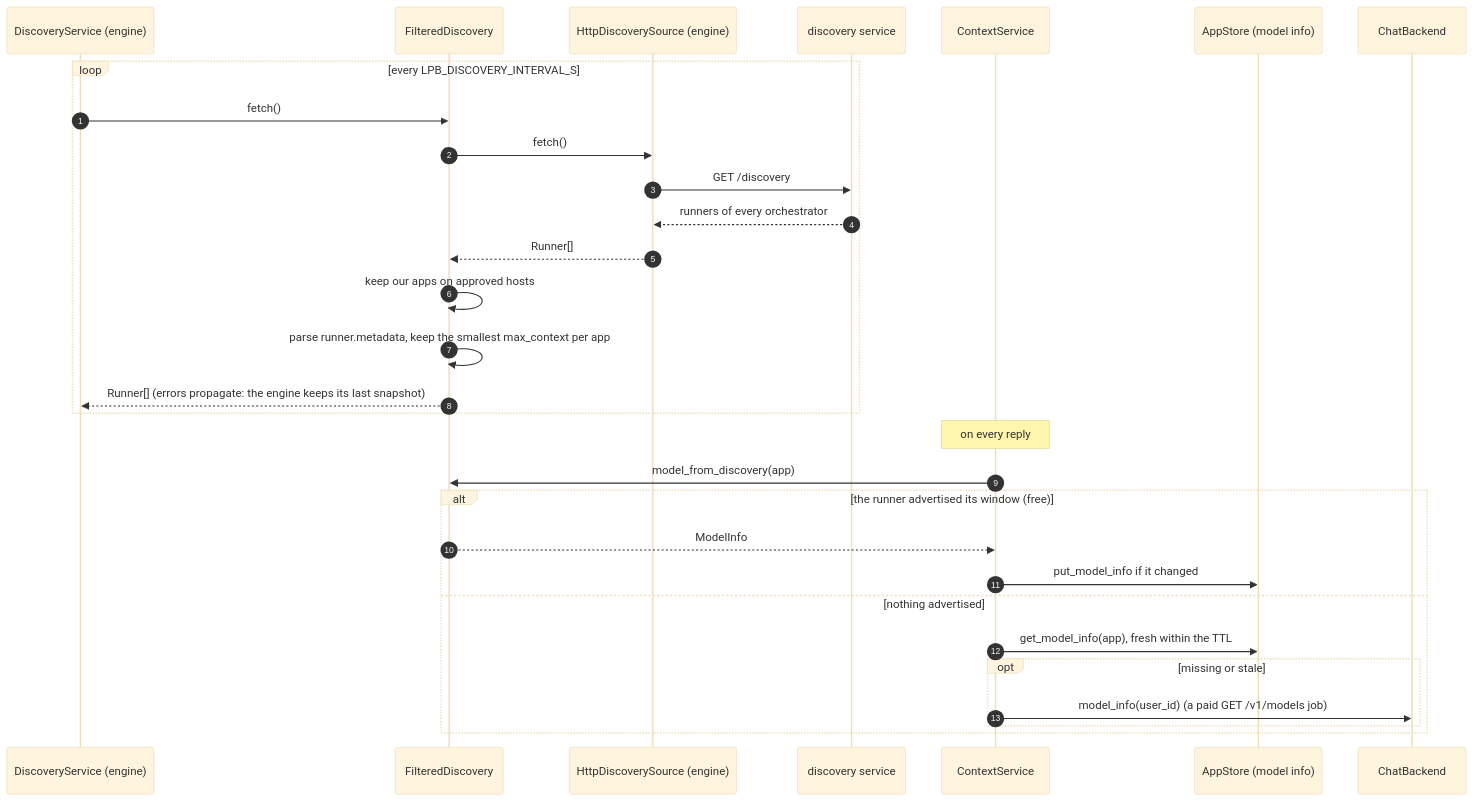
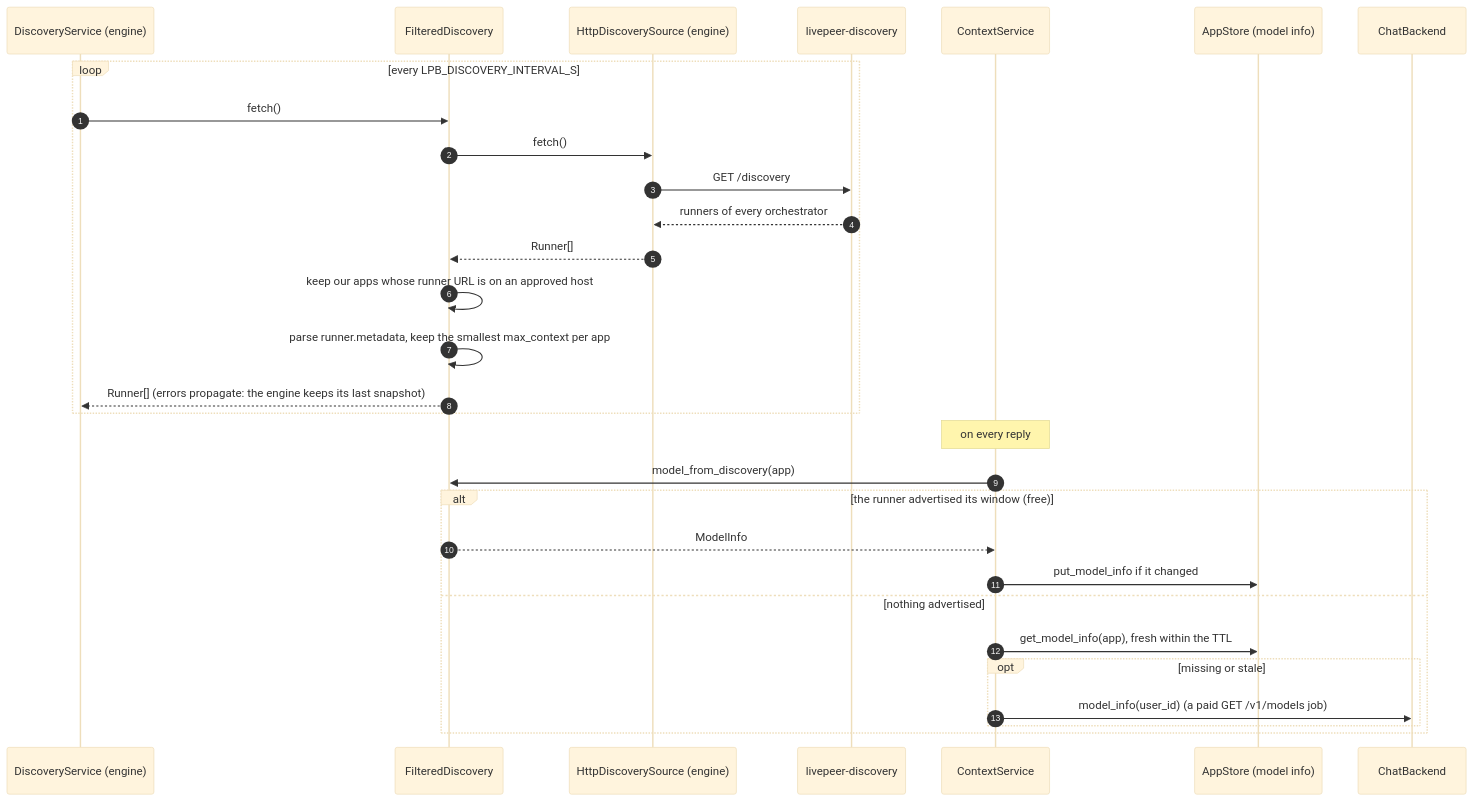
One commit to NE-Build-Track/chatlpt-sample-enterprise-app changed the seventh of 10 diagrams in docs/design-docs/builder-core-in-chatlpt.md. Above: the diagram before and after it, drawn with Mermaid (base theme). The commit also changed other lines of this file and 7 other files, not shown here.

````diff
--- a/docs/design-docs/builder-core-in-chatlpt.md
+++ b/docs/design-docs/builder-core-in-chatlpt.md
@@ -359,32 +360,32 @@
 ```mermaid
 sequenceDiagram
     autonumber
     participant DS as DiscoveryService (engine)
     participant FD as FilteredDiscovery
     participant H as HttpDiscoverySource (engine)
-    participant Svc as discovery service
+    participant Svc as livepeer-discovery
     participant Ctx as ContextService
     participant Cache as AppStore (model info)
     participant B as ChatBackend
     loop every LPB_DISCOVERY_INTERVAL_S
         DS->>FD: fetch()
         FD->>H: fetch()
         H->>Svc: GET /discovery
         Svc-->>H: runners of every orchestrator
         H-->>FD: Runner[]
-        FD->>FD: keep our apps on approved hosts
+        FD->>FD: keep our apps whose runner URL is on an approved host
         FD->>FD: parse runner.metadata, keep the smallest max_context per app
         FD-->>DS: Runner[] (errors propagate: the engine keeps its last snapshot)
     end
     Note over Ctx: on every reply
     Ctx->>FD: model_from_discovery(app)
     alt the runner advertised its window (free)
         FD-->>Ctx: ModelInfo
         Ctx->>Cache: put_model_info if it changed
     else nothing advertised
         Ctx->>Cache: get_model_info(app), fresh within the TTL
         opt missing or stale
             Ctx->>B: model_info(user_id) (a paid GET /v1/models job)
         end
     end
 ```
````
